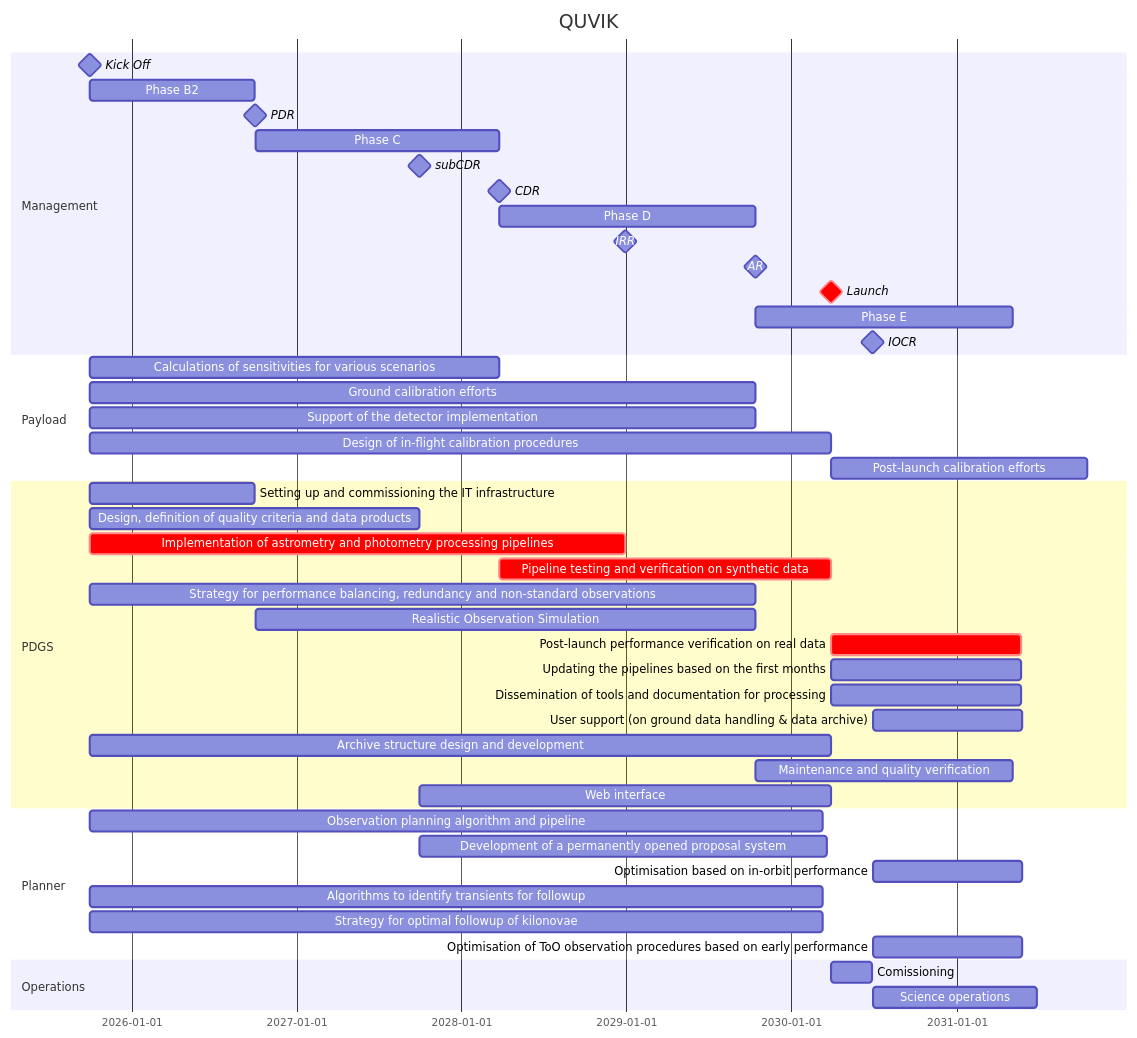
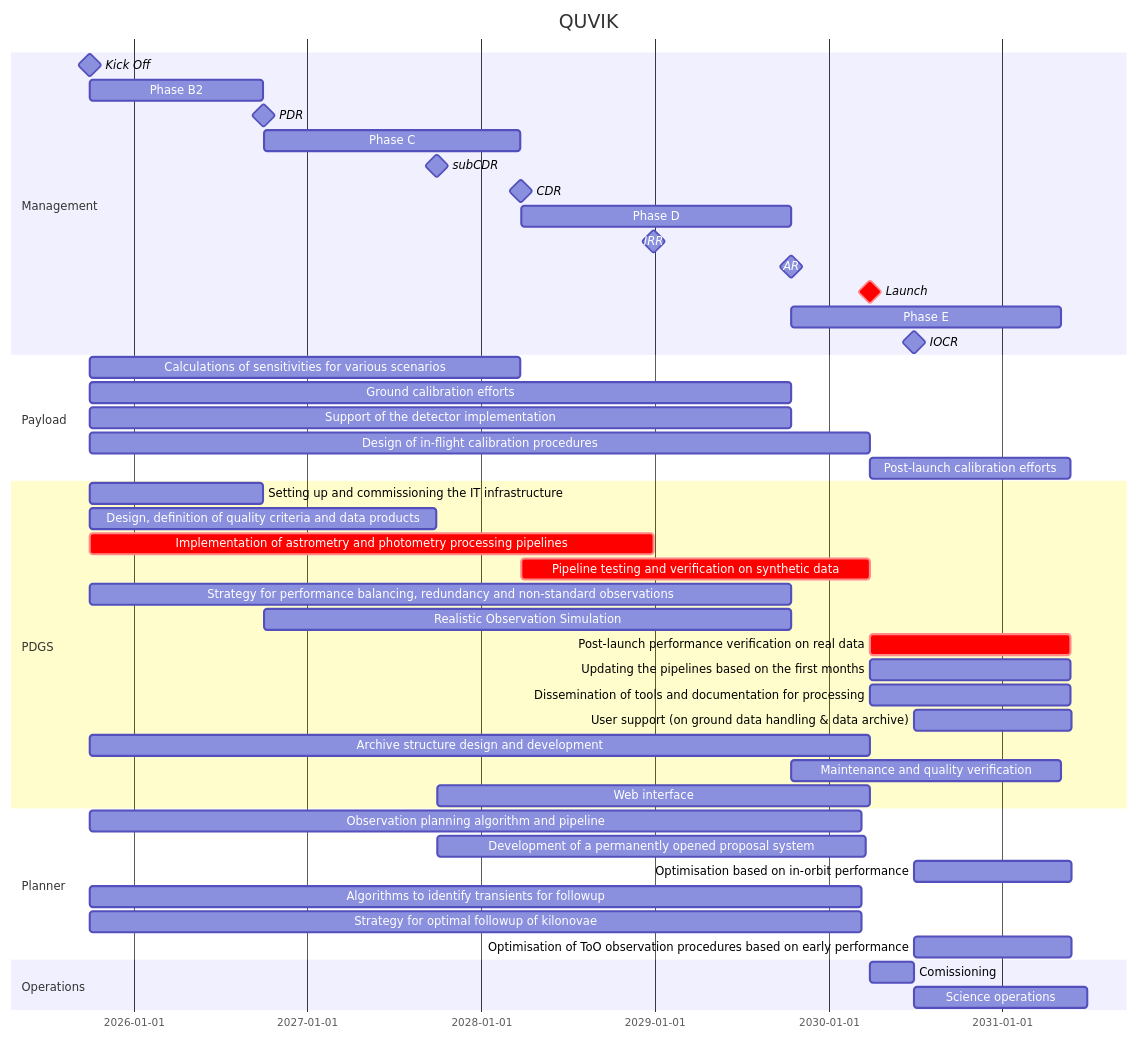
Before and after one commit to limu007/quvik: the diagram in calib/Block.md, drawn with Mermaid.

````diff
--- a/calib/Block.md
+++ b/calib/Block.md
@@ -3,53 +3,53 @@
 ```mermaid
 gantt
     title QUVIK
     dateFormat  YYYY-MM-DD
     section Management
     Kick Off : milestone, m1, 2025-09-31, 1d
     Phase B2 : b2, after m1, 52w
     PDR : milestone, pdr, after b2, 1d
     Phase C : c1, after pdr, 77w
     subCDR :  milestone, sc1, after des, 1d
     CDR : milestone, cdr, after c1, 1d
     Phase D : d1, after cdr, 81w
     IRR : milestone, irr, after imp, 1d
     AR : milestone, ar, after d1, 1d
     Launch : crit, milestone, frr, after dcal, 1d
     Phase E : e1, after ar, 81w
     IOCR : milestone, iocr, after e2, 1d
 
     section Payload
     Calculations of sensitivities for various scenarios :  after m1 , until cdr
     Ground calibration efforts :  after m1 , until ar
     Support of the detector implementation :  after m1 , until ar 
     Design of in-flight calibration procedures :  dcal, after m1 , 234w
-    Post-launch calibration efforts :  after frr , 81w 
+    Post-launch calibration efforts :  after frr , 420d
 
     section PDGS
     Setting up and commissioning the IT infrastructure : after m1, until pdr
     Design, definition of quality criteria and data products : 	des, after m1	, 104w
     Implementation of astrometry and photometry processing pipelines :crit, imp, after m1 , 169w
     Pipeline testing and verification on synthetic data :crit,  pp, after cdr, until frr
     Strategy for performance balancing, redundancy and non-standard observations :  after m1 , until ar
     Realistic Observation Simulation :  after pdr , until ar
     Post-launch performance verification on real data :crit,   after frr , 420d
     Updating the pipelines based on the first months :  after frr , 420d
     Dissemination of tools and documentation for processing :  after frr , 420d
      User support (on ground data handling & data archive) :  after iocr , 330d
      Archive structure design and development :  after m1 , until frr
      Maintenance and quality verification :  after ar , 81w
      Web interface :  after sc1 , until frr
 
     section Planner
     Observation planning algorithm and pipeline :  after m1 , 1620d
     Development of a permanently opened proposal system : after sc1 , 900d
     Optimisation based on in-orbit performance :  after iocr , 330d
     Algorithms to identify transients for followup :  after m1 , 1620d
     Strategy for optimal followup of kilonovae :  after m1 , 1620d
     Optimisation of ToO observation procedures based on early performance :  after iocr , 330d
 
     section Operations
     Comissioning : e2, after frr, 13w
     Science operations : e3, after iocr, 52w
 
 ```
````
